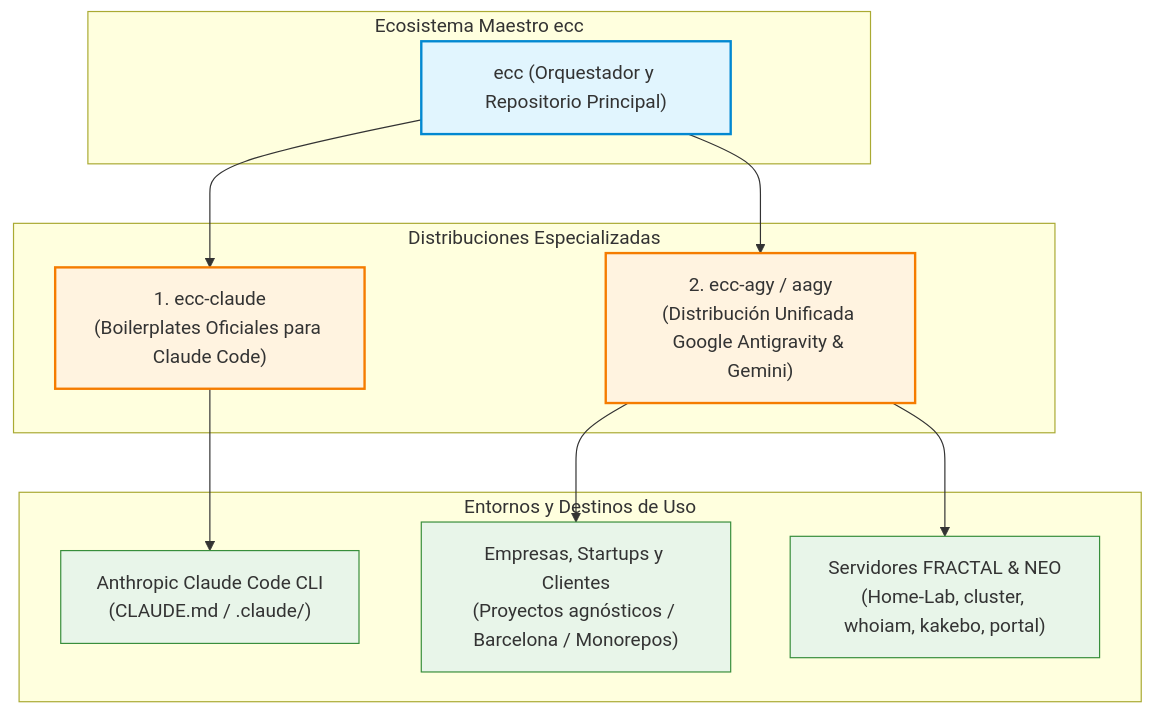
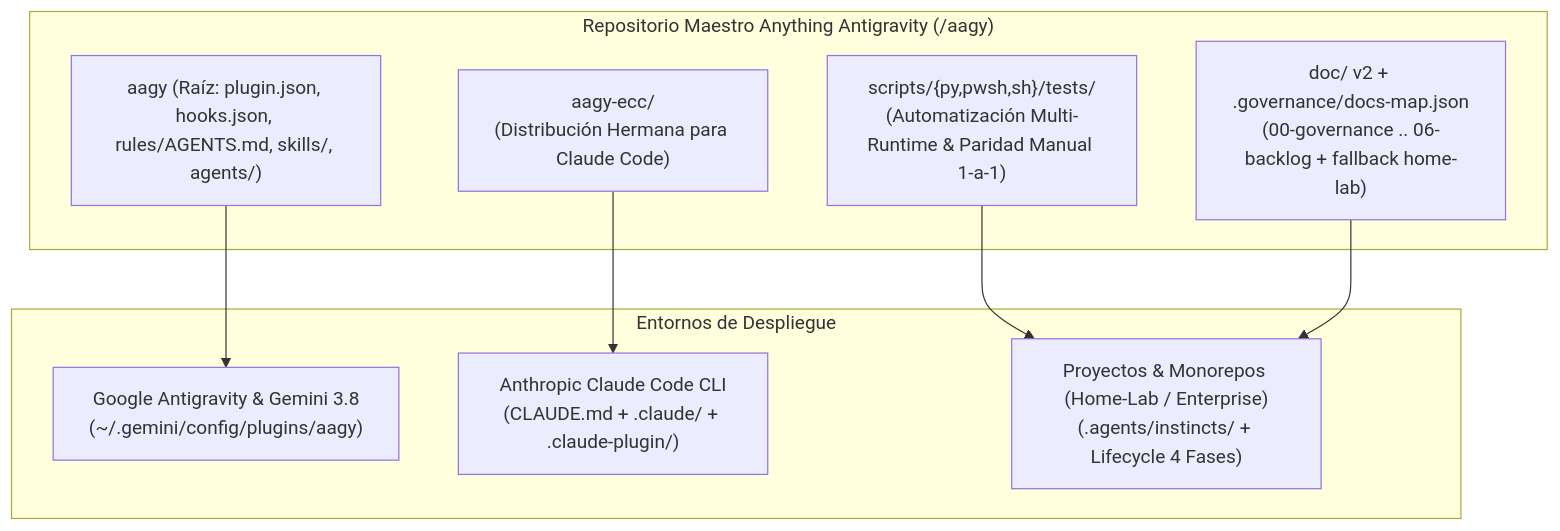
One commit to ACB75/aagy changed the diagram in README.md. Above: the diagram before and after it, drawn with Mermaid. The commit also changed other lines of this file and 7 other files, not shown here.

First line of the commit message:
[chore]-[aagy,aagy-ecc,doc]: cierre maestro nuevo readme sincronizacion aagy-ecc y migracion a aagy (#39)

````diff
--- a/README.md
+++ b/README.md
@@ -12,32 +12,20 @@
 ```mermaid
 flowchart TD
-    subgraph Core["Ecosistema Maestro ecc"]
-        Root["ecc (Orquestador y Repositorio Principal)"]
+    subgraph Core["Repositorio Maestro Anything Antigravity (/aagy)"]
+        Root["aagy (Raíz: plugin.json, hooks.json, rules/AGENTS.md, skills/, agents/)"]
+        Scripts["scripts/{py,pwsh,sh}/tests/<br/>(Automatización Multi-Runtime & Paridad Manual 1-a-1)"]
+        Docs["doc/ v2 + .governance/docs-map.json<br/>(00-governance .. 06-backlog + fallback home-lab)"]
+        SubPlugin["aagy-ecc/<br/>(Distribución Hermana para Claude Code)"]
     end
 
-    subgraph Flavors["Distribuciones Especializadas"]
-        Claude["1. ecc-claude<br/>(Boilerplates Oficiales para Claude Code)"]
-        AGY["2. ecc-agy / aagy<br/>(Distribución Unificada Google Antigravity & Gemini)"]
+    subgraph Targets["Entornos de Despliegue"]
+        AGY["Google Antigravity & Gemini 3.8<br/>(~/.gemini/config/plugins/aagy)"]
+        Claude["Anthropic Claude Code CLI<br/>(CLAUDE.md + .claude/ + .claude-plugin/)"]
+        Projects["Proyectos & Monorepos (Home-Lab / Enterprise)<br/>(.agents/instincts/ + Lifecycle 4 Fases)"]
     end
 
-    subgraph Targets["Entornos y Destinos de Uso"]
-        TargetClaude["Anthropic Claude Code CLI<br/>(CLAUDE.md / .claude/)"]
-        TargetCorp["Empresas, Startups y Clientes<br/>(Proyectos agnósticos / Barcelona / Monorepos)"]
-        TargetHomeLab["Servidores FRACTAL & NEO<br/>(Home-Lab, cluster, whoiam, kakebo, portal)"]
-    end
-
-    Root --> Claude
     Root --> AGY
-
-    Claude --> TargetClaude
-    AGY --> TargetCorp
-    AGY --> TargetHomeLab
-
-    classDef core fill:#e1f5fe,stroke:#0288d1,stroke-width:2px;
-    classDef flavor fill:#fff3e0,stroke:#f57c00,stroke-width:2px;
-    classDef target fill:#e8f5e9,stroke:#388e3c,stroke-width:1px;
-
-    class Root core;
-    class Claude,AGY flavor;
-    class TargetClaude,TargetCorp,TargetHomeLab target;
+    SubPlugin --> Claude
+    Scripts --> Projects
+    Docs --> Projects
 ```
````
